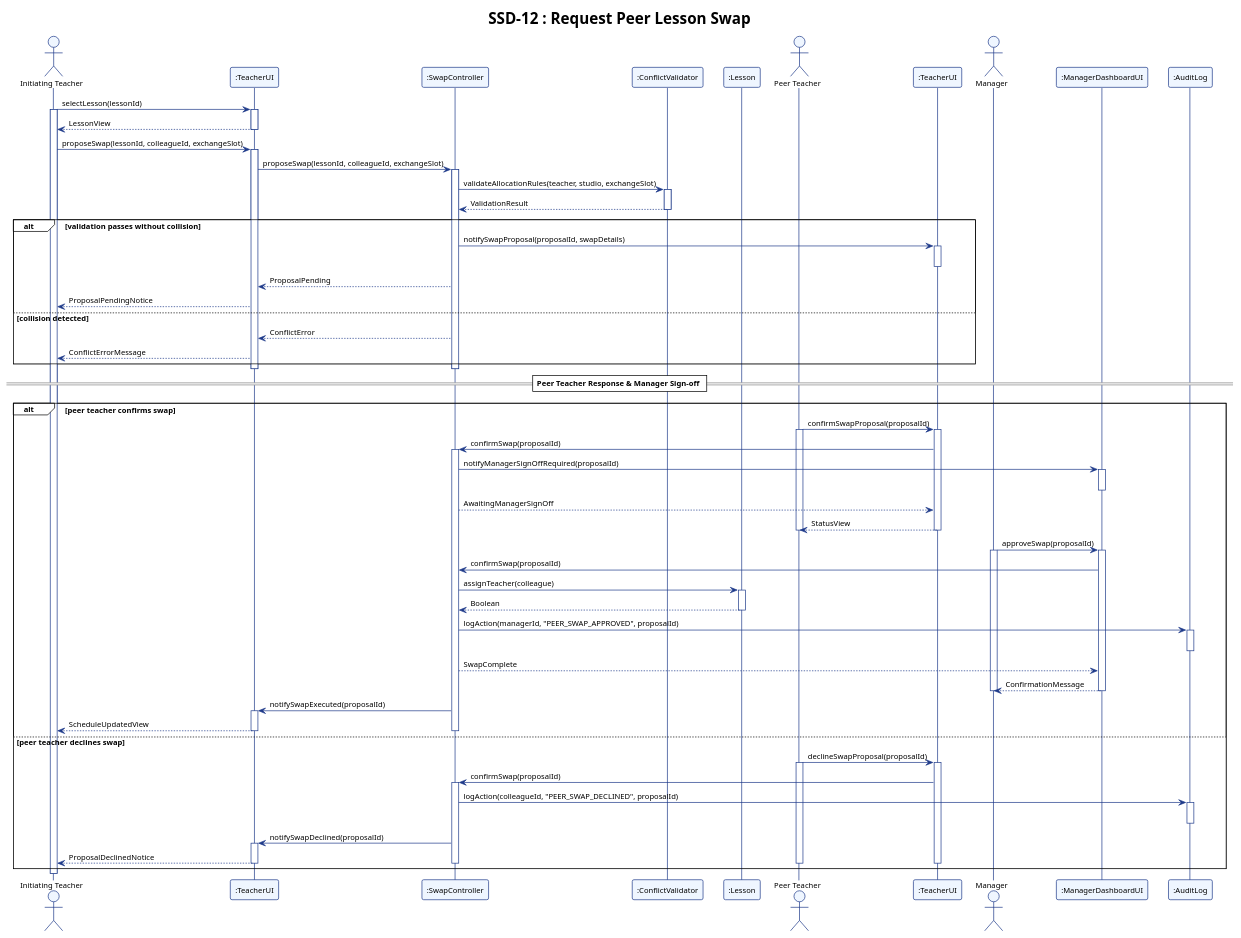
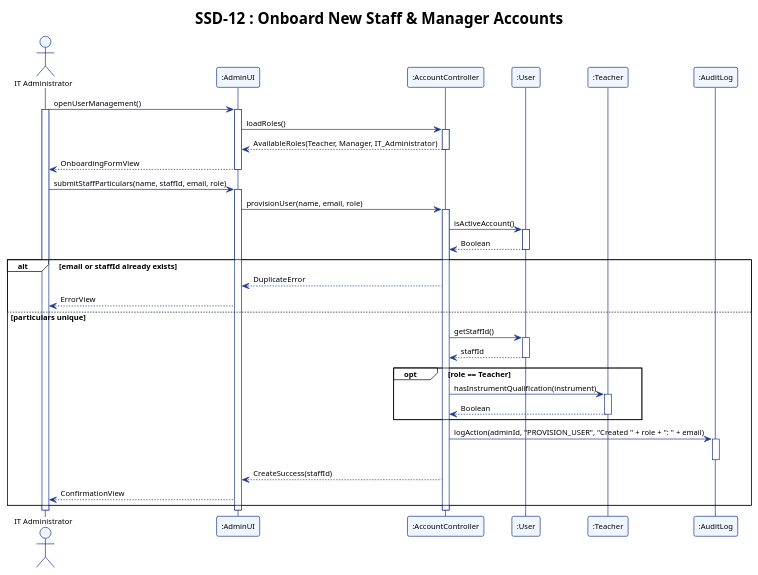
One commit to adoreblvnk/2001temp changed the diagram in report/assets/ssd_12.puml. Above: the diagram before and after it, drawn with PlantUML. The commit also changed 27 other files, not shown here.

```diff
--- a/report/assets/ssd_12.puml
+++ b/report/assets/ssd_12.puml
@@ -1,123 +1,72 @@
 @startuml ssd_12
 !theme plain
 skinparam shadowing false
 skinparam defaultFontName "Helvetica", "Arial", sans-serif
 skinparam defaultFontSize 11
 skinparam sequence {
     ParticipantBorderColor #1E3A8A
     ParticipantBackgroundColor #EFF6FF
     LifeLineBorderColor #1E3A8A
     LifeLineBackgroundColor #FFFFFF
     ArrowColor #1E3A8A
     ActorBorderColor #1E3A8A
     ActorBackgroundColor #EFF6FF
 }
 
-title SSD-12 : Request Peer Lesson Swap
+title SSD-12 : Onboard New Staff & Manager Accounts
 
-actor "Initiating Teacher" as Teacher
-participant ":TeacherUI" as TeacherUI
-participant ":SwapController" as SwapController
-participant ":ConflictValidator" as ConflictValidator
-participant ":Lesson" as Lesson
-actor "Peer Teacher" as Colleague
-participant ":TeacherUI" as ColleagueUI
-actor Manager
-participant ":ManagerDashboardUI" as ManagerUI
+actor "IT Administrator" as ITAdmin
+participant ":AdminUI" as AdminUI
+participant ":AccountController" as AccountController
+participant ":User" as User
+participant ":Teacher" as Teacher
 participant ":AuditLog" as AuditLog
 
-Teacher -> TeacherUI : selectLesson(lessonId)
-activate Teacher
-activate TeacherUI
-TeacherUI --> Teacher : LessonView
-deactivate TeacherUI
+ITAdmin -> AdminUI : openUserManagement()
+activate ITAdmin
+activate AdminUI
+AdminUI -> AccountController : loadRoles()
+activate AccountController
+AccountController --> AdminUI : AvailableRoles(Teacher, Manager, IT_Administrator)
+deactivate AccountController
+AdminUI --> ITAdmin : OnboardingFormView
+deactivate AdminUI
 
-Teacher -> TeacherUI : proposeSwap(lessonId, colleagueId, exchangeSlot)
-activate TeacherUI
-TeacherUI -> SwapController : proposeSwap(lessonId, colleagueId, exchangeSlot)
-activate SwapController
+ITAdmin -> AdminUI : submitStaffParticulars(name, staffId, email, role)
+activate AdminUI
+AdminUI -> AccountController : provisionUser(name, email, role)
+activate AccountController
 
-SwapController -> ConflictValidator : validateAllocationRules(teacher, studio, exchangeSlot)
-activate ConflictValidator
-ConflictValidator --> SwapController : ValidationResult
-deactivate ConflictValidator
+AccountController -> User : isActiveAccount()
+activate User
+User --> AccountController : Boolean
+deactivate User
 
-alt validation passes without collision
-    SwapController -> ColleagueUI : notifySwapProposal(proposalId, swapDetails)
-    activate ColleagueUI
-    deactivate ColleagueUI
+alt email or staffId already exists
+    AccountController --> AdminUI : DuplicateError
+    AdminUI --> ITAdmin : ErrorView
+else particulars unique
+    AccountController -> User : getStaffId()
+    activate User
+    User --> AccountController : staffId
+    deactivate User
 
-    SwapController --> TeacherUI : ProposalPending
-    TeacherUI --> Teacher : ProposalPendingNotice
-else collision detected
-    SwapController --> TeacherUI : ConflictError
-    TeacherUI --> Teacher : ConflictErrorMessage
-end
+    opt role == Teacher
+        AccountController -> Teacher : hasInstrumentQualification(instrument)
+        activate Teacher
+        Teacher --> AccountController : Boolean
+        deactivate Teacher
+    end
 
-deactivate SwapController
-deactivate TeacherUI
-
-== Peer Teacher Response & Manager Sign-off ==
-
-alt peer teacher confirms swap
-    Colleague -> ColleagueUI : confirmSwapProposal(proposalId)
-    activate Colleague
-    activate ColleagueUI
-    ColleagueUI -> SwapController : confirmSwap(proposalId)
-    activate SwapController
-
-    SwapController -> ManagerUI : notifyManagerSignOffRequired(proposalId)
-    activate ManagerUI
-    deactivate ManagerUI
-
-    SwapController --> ColleagueUI : AwaitingManagerSignOff
-    ColleagueUI --> Colleague : StatusView
-    deactivate ColleagueUI
-    deactivate Colleague
-
-    Manager -> ManagerUI : approveSwap(proposalId)
-    activate Manager
-    activate ManagerUI
-    ManagerUI -> SwapController : confirmSwap(proposalId)
-
-    SwapController -> Lesson : assignTeacher(colleague)
-    activate Lesson
-    Lesson --> SwapController : Boolean
-    deactivate Lesson
-
-    SwapController -> AuditLog : logAction(managerId, "PEER_SWAP_APPROVED", proposalId)
+    AccountController -> AuditLog : logAction(adminId, "PROVISION_USER", "Created " + role + ": " + email)
     activate AuditLog
     deactivate AuditLog
 
-    SwapController --> ManagerUI : SwapComplete
-    ManagerUI --> Manager : ConfirmationMessage
-    deactivate ManagerUI
-    deactivate Manager
-
-    SwapController -> TeacherUI : notifySwapExecuted(proposalId)
-    activate TeacherUI
-    TeacherUI --> Teacher : ScheduleUpdatedView
-    deactivate TeacherUI
-    deactivate SwapController
-else peer teacher declines swap
-    Colleague -> ColleagueUI : declineSwapProposal(proposalId)
-    activate Colleague
-    activate ColleagueUI
-    ColleagueUI -> SwapController : confirmSwap(proposalId)
-    activate SwapController
-
-    SwapController -> AuditLog : logAction(colleagueId, "PEER_SWAP_DECLINED", proposalId)
-    activate AuditLog
-    deactivate AuditLog
-
-    SwapController -> TeacherUI : notifySwapDeclined(proposalId)
-    activate TeacherUI
-    TeacherUI --> Teacher : ProposalDeclinedNotice
-    deactivate TeacherUI
-    deactivate SwapController
-    deactivate ColleagueUI
-    deactivate Colleague
+    AccountController --> AdminUI : CreateSuccess(staffId)
+    AdminUI --> ITAdmin : ConfirmationView
 end
 
-deactivate Teacher
+deactivate AccountController
+deactivate AdminUI
+deactivate ITAdmin
 @enduml
```
